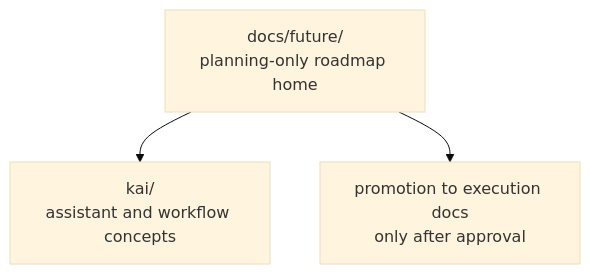
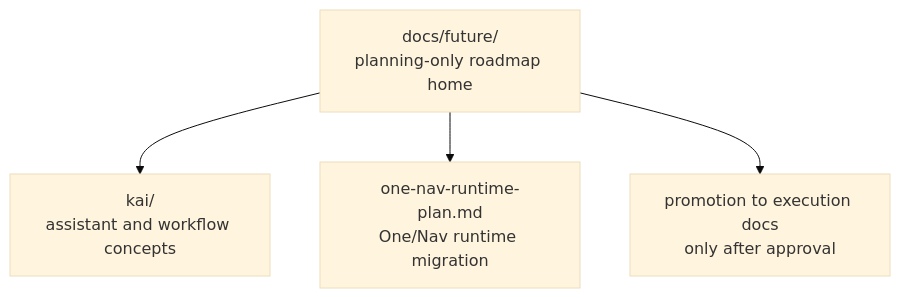
The diagram in docs/future/README.md (hushh-labs/hushh-research), drawn with Mermaid (base theme) before and after one commit. The commit also changed other lines of this file and 64 other files, not shown here.

Commit message:
Codify Hussh One Nav ontology

````diff
--- a/docs/future/README.md
+++ b/docs/future/README.md
@@ -7,9 +7,11 @@
 ```mermaid
 flowchart TD
   root["docs/future/<br/>planning-only roadmap home"]
   kai["kai/<br/>assistant and workflow concepts"]
+  oneNav["one-nav-runtime-plan.md<br/>One/Nav runtime migration"]
   execution["promotion to execution docs<br/>only after approval"]
 
   root --> kai
+  root --> oneNav
   root --> execution
 ```
````
